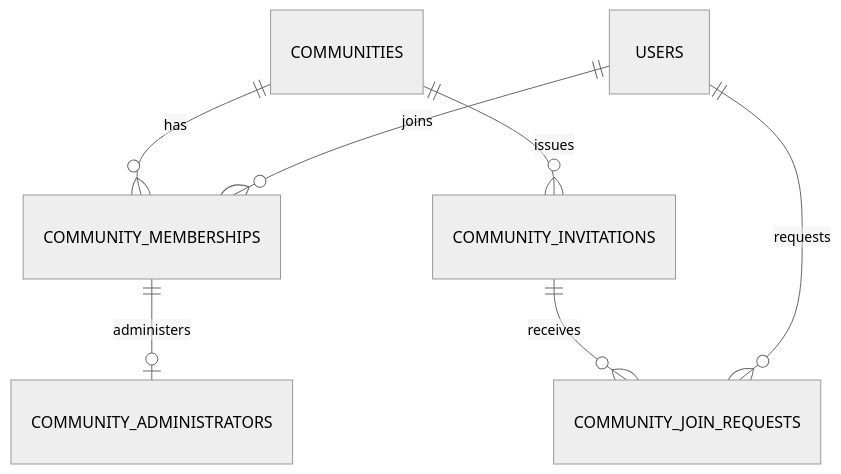
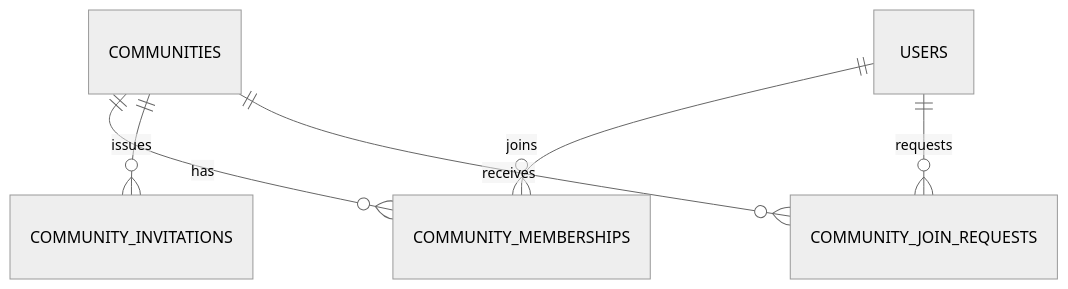
One commit to hazuki3417/memoria-design changed the diagram in content/community/physical-data-model.mdx. Above: the diagram before and after it, drawn with Mermaid (neutral theme). The commit also changed other lines of this file, not shown here.

Commit message:
docs: align community persistence with membership roles

````diff
--- a/content/community/physical-data-model.mdx
+++ b/content/community/physical-data-model.mdx
@@ -15,9 +15,8 @@
 ```mermaid
 erDiagram
   COMMUNITIES ||--o{ COMMUNITY_MEMBERSHIPS : has
   USERS ||--o{ COMMUNITY_MEMBERSHIPS : joins
-  COMMUNITY_MEMBERSHIPS ||--o| COMMUNITY_ADMINISTRATORS : administers
   COMMUNITIES ||--o{ COMMUNITY_INVITATIONS : issues
-  COMMUNITY_INVITATIONS ||--o{ COMMUNITY_JOIN_REQUESTS : receives
   USERS ||--o{ COMMUNITY_JOIN_REQUESTS : requests
+  COMMUNITIES ||--o{ COMMUNITY_JOIN_REQUESTS : receives
 ```
````
